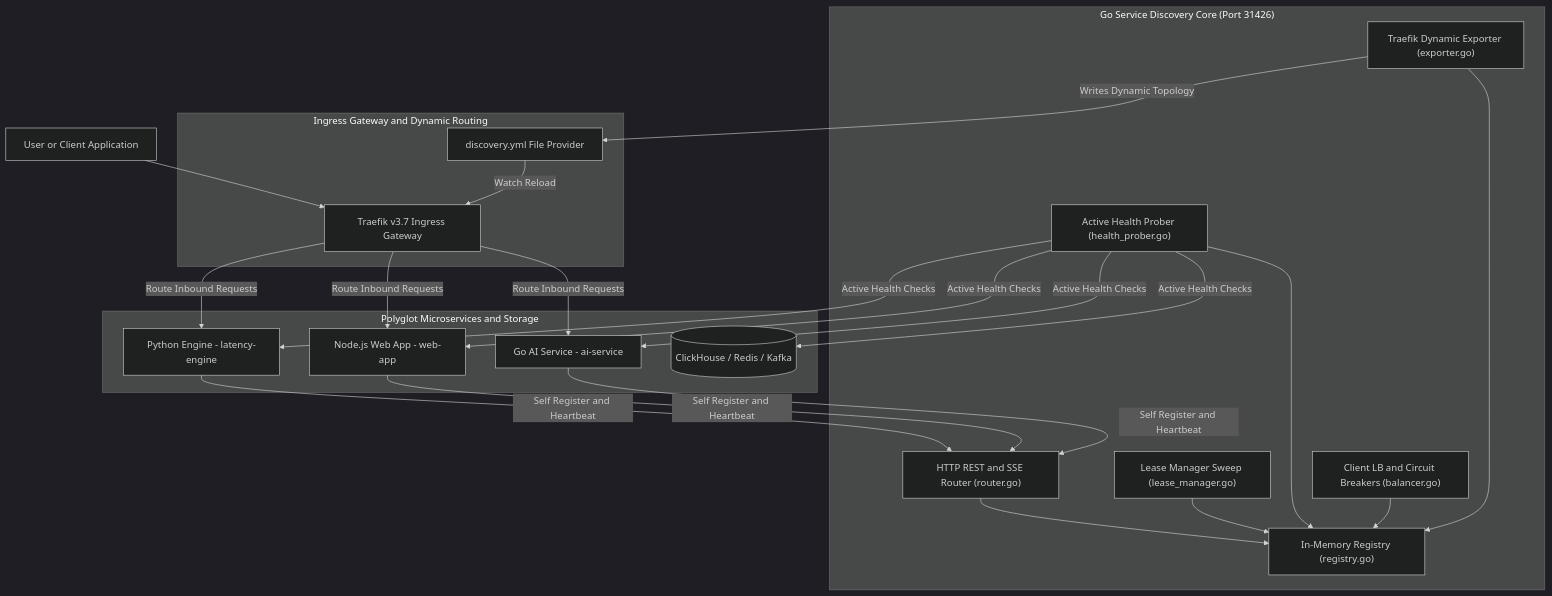
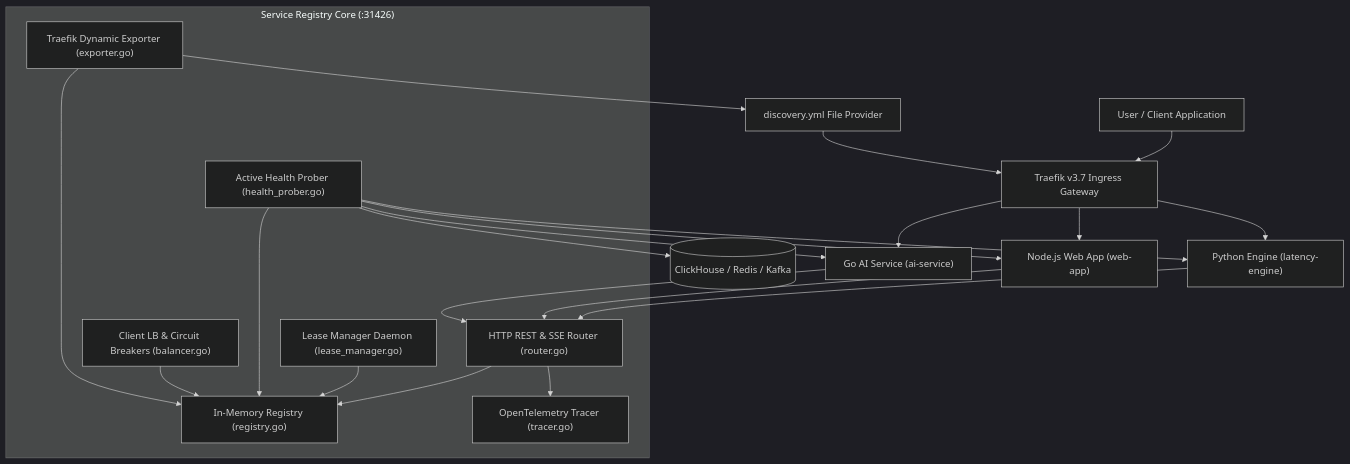
Before and after one commit to Chief-Strategist-J/llm-obs-infra: the first of 6 diagrams in docs/architectureDoc/adr-0009-service-registry-and-discovery.md, drawn with Mermaid (dark theme). The commit also changed other lines of this file and 15 other files, not shown here.

````diff
--- a/docs/architectureDoc/adr-0009-service-registry-and-discovery.md
+++ b/docs/architectureDoc/adr-0009-service-registry-and-discovery.md
@@ -67,47 +127,37 @@
 ```mermaid
 graph TD
-    User["User or Client Application"] --> Traefik["Traefik v3.7 Ingress Gateway"]
-
-    subgraph IngressGateway["Ingress Gateway and Dynamic Routing"]
-        Traefik
-        DynFile["discovery.yml File Provider"]
-        DynFile -->|"Watch Reload"| Traefik
+    User["User / Client Application"] --> Traefik["Traefik v3.7 Ingress Gateway"]
+    
+    subgraph Service_Registry_Core["Service Registry Core (:31426)"]
+        Router["HTTP REST & SSE Router (router.go)"]
+        Registry["In-Memory Registry (registry.go)"]
+        LeaseMgr["Lease Manager Daemon (lease_manager.go)"]
+        HealthProber["Active Health Prober (health_prober.go)"]
+        LoadBalancer["Client LB & Circuit Breakers (balancer.go)"]
+        Exporter["Traefik Dynamic Exporter (exporter.go)"]
+        Tracer["OpenTelemetry Tracer (tracer.go)"]
     end
 
-    subgraph ServiceRegistry["Go Service Discovery Core (Port 31426)"]
-        Router["HTTP REST and SSE Router (router.go)"]
-        Registry["In-Memory Registry (registry.go)"]
-        LeaseMgr["Lease Manager Sweep (lease_manager.go)"]
-        HealthProber["Active Health Prober (health_prober.go)"]
-        LoadBalancer["Client LB and Circuit Breakers (balancer.go)"]
-        Exporter["Traefik Dynamic Exporter (exporter.go)"]
+    Router --> Registry
+    LeaseMgr --> Registry
+    HealthProber --> Registry
+    LoadBalancer --> Registry
+    Exporter --> Registry
+    Router --> Tracer
 
-        Router --> Registry
-        LeaseMgr --> Registry
-        HealthProber --> Registry
-        LoadBalancer --> Registry
-        Exporter --> Registry
-    end
+    Exporter --> DynFile["discovery.yml File Provider"]
+    DynFile --> Traefik
 
-    subgraph Microservices["Polyglot Microservices and Storage"]
-        PyService["Python Engine - latency-engine"]
-        NodeService["Node.js Web App - web-app"]
-        GoService["Go AI Service - ai-service"]
-        InfraDB[("ClickHouse / Redis / Kafka")]
-    end
+    PyService["Python Engine (latency-engine)"] --> Router
+    NodeService["Node.js Web App (web-app)"] --> Router
+    GoService["Go AI Service (ai-service)"] --> Router
 
-    Exporter -->|"Writes Dynamic Topology"| DynFile
-    
-    PyService -->|"Self Register and Heartbeat"| Router
-    NodeService -->|"Self Register and Heartbeat"| Router
-    GoService -->|"Self Register and Heartbeat"| Router
+    HealthProber --> PyService
+    HealthProber --> NodeService
+    HealthProber --> GoService
+    HealthProber --> InfraDB[("ClickHouse / Redis / Kafka")]
 
-    HealthProber -->|"Active Health Checks"| PyService
-    HealthProber -->|"Active Health Checks"| NodeService
-    HealthProber -->|"Active Health Checks"| GoService
-    HealthProber -->|"Active Health Checks"| InfraDB
-
-    Traefik -->|"Route Inbound Requests"| PyService
-    Traefik -->|"Route Inbound Requests"| NodeService
-    Traefik -->|"Route Inbound Requests"| GoService
+    Traefik --> PyService
+    Traefik --> NodeService
+    Traefik --> GoService
 ```
````
